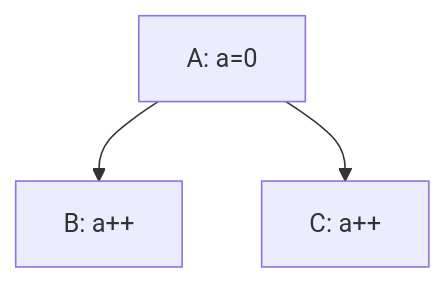
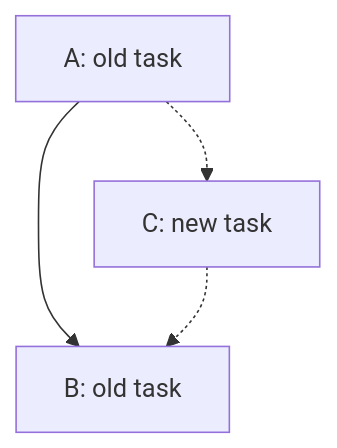
The second of 2 diagrams in docs/design_problems.md (ShilianShen/SoftDep), drawn with Mermaid before and after one commit. The commit also changed other lines of this file and 2 other files, not shown here.

````diff
--- a/docs/design_problems.md
+++ b/docs/design_problems.md
@@ -45,9 +46,8 @@
 ```mermaid
-graph
-    taskA[A: a=0]
-    taskB[B: a++]
-    taskC[C: a++]
-
-    taskA --> taskB
-    taskA --> taskC
+graph 
+    A[A: old task]
+    B[B: old task]
+    C[C: new task]
+    A --> B
+    A -.-> C -.-> B
 ```
````
